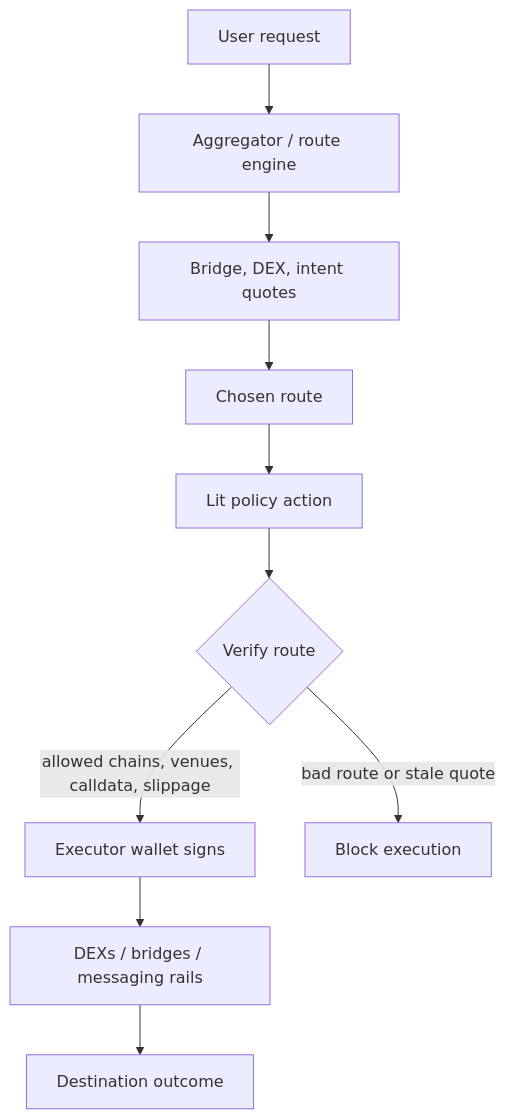
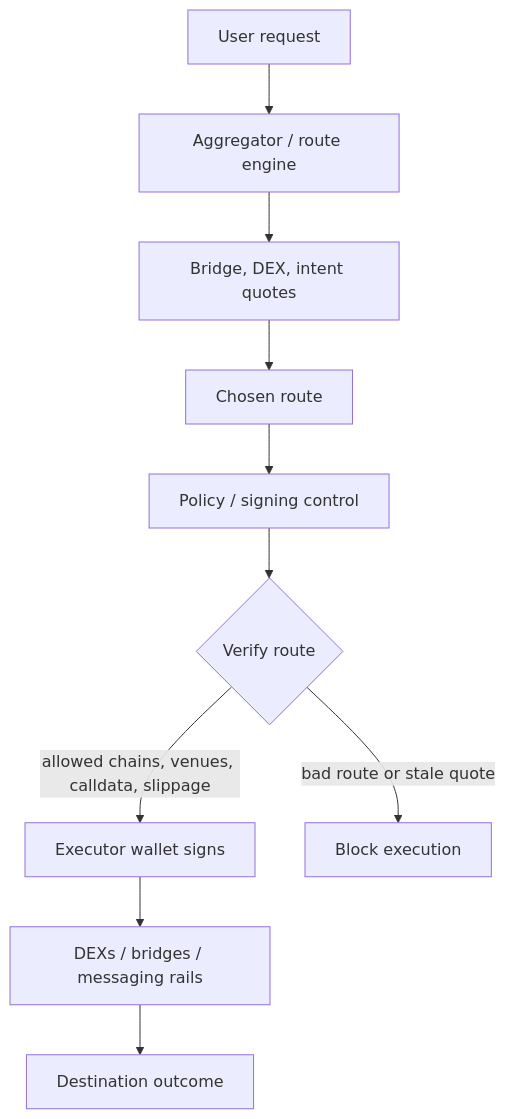
The fifth of 6 diagrams in plans/cross-chain-solver-report.md (LIT-Protocol/chipotle), drawn with Mermaid before and after one commit. The commit also changed other lines of this file, not shown here.

````diff
--- a/plans/cross-chain-solver-report.md
+++ b/plans/cross-chain-solver-report.md
@@ -454,12 +416,12 @@
 ```mermaid
 flowchart TD
   User[User request] --> Router[Aggregator / route engine]
   Router --> Quotes[Bridge, DEX, intent quotes]
   Quotes --> Candidate[Chosen route]
-  Candidate --> Lit[Lit policy action]
-  Lit --> Verify{Verify route}
+  Candidate --> Control[Policy / signing control]
+  Control --> Verify{Verify route}
   Verify -->|allowed chains, venues, calldata, slippage| Exec[Executor wallet signs]
   Verify -->|bad route or stale quote| Block[Block execution]
   Exec --> Protocols[DEXs / bridges / messaging rails]
   Protocols --> UserOutcome[Destination outcome]
 ```
````
